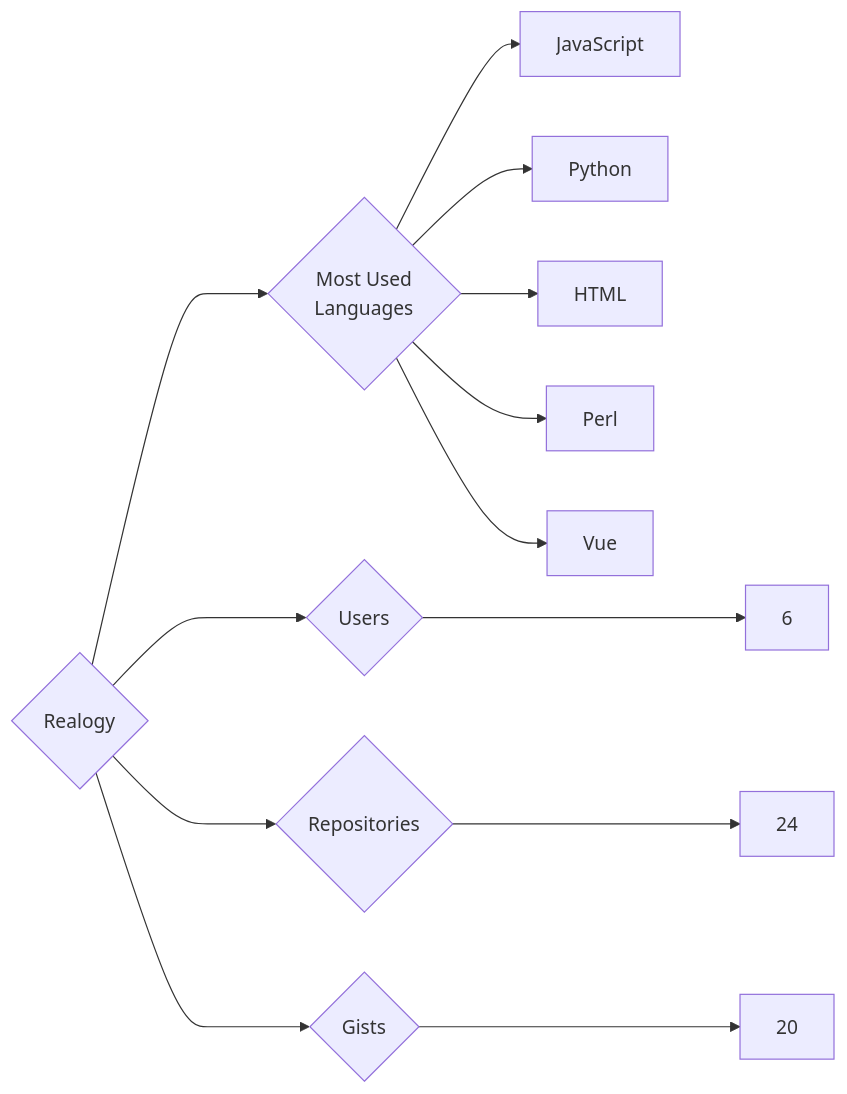
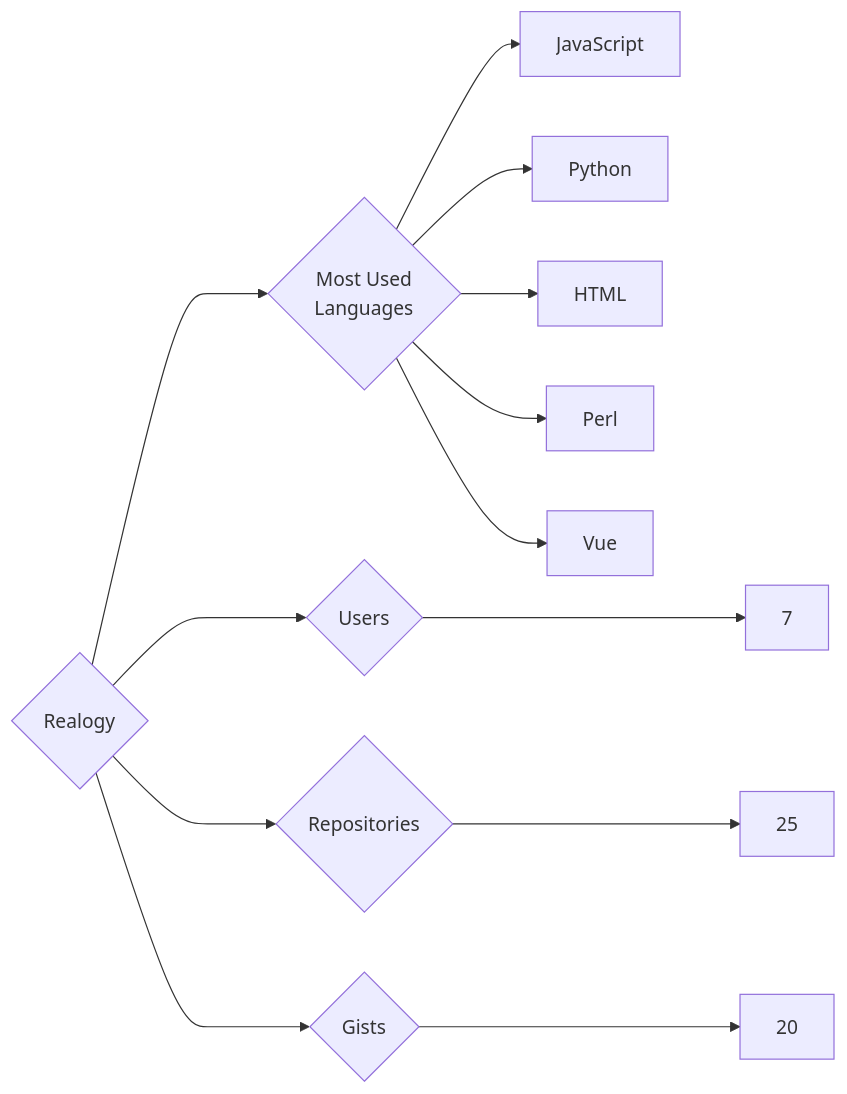
The diagram in targets/Realogy/README.md (trickest/insiders), drawn with Mermaid before and after one commit. The commit also changed 1508 other files, not shown here.

````diff
--- a/targets/Realogy/README.md
+++ b/targets/Realogy/README.md
@@ -3,13 +3,13 @@
 ```mermaid
 graph LR
 COMPANY_NAME{Realogy}
-COMPANY_NAME ---> U{Users} ---> UN[6]
-COMPANY_NAME ---> R{Repositories} ---> RN[24]
+COMPANY_NAME ---> U{Users} ---> UN[7]
+COMPANY_NAME ---> R{Repositories} ---> RN[25]
 COMPANY_NAME ---> G{Gists} ---> GN[20]
 COMPANY_NAME ---> ML{Most Used<br>Languages}
 ML --> JavaScript[JavaScript]
 ML --> Python[Python]
 ML --> HTML[HTML]
 ML --> Perl[Perl]
 ML --> Vue[Vue]
 ```
````
